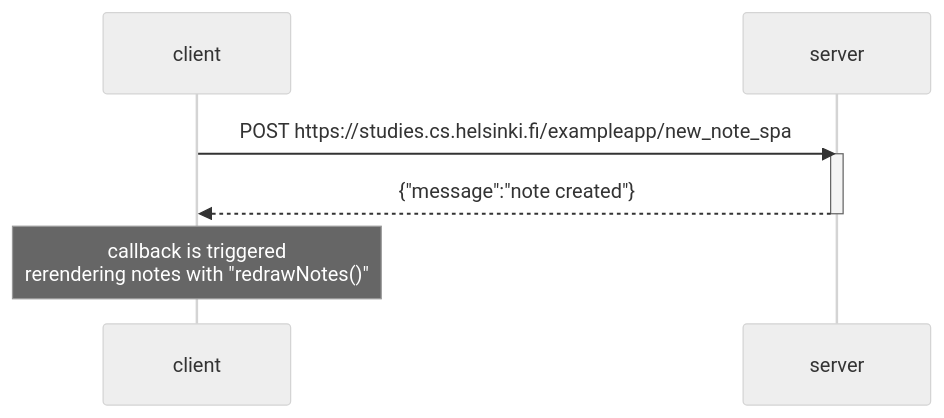
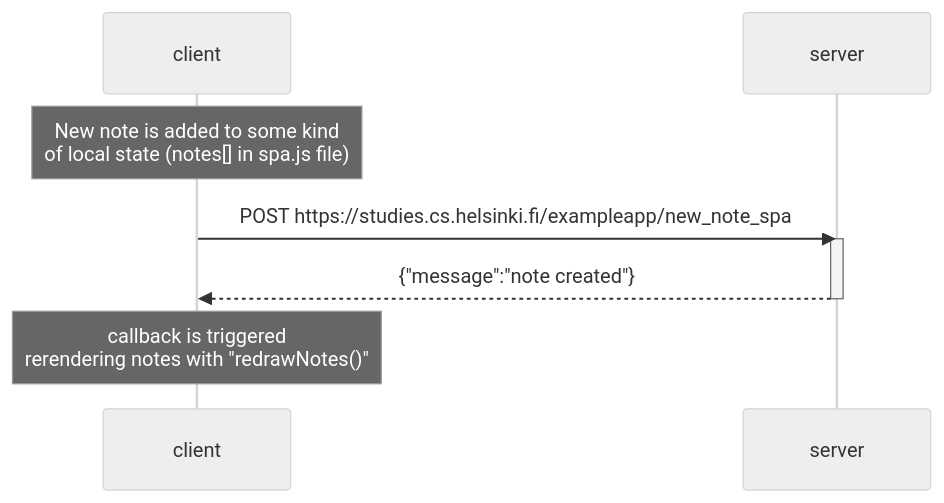
Before and after one commit to dejanaksovic/FullStackOpen: the diagram in PART01/0.6-NewNoteSpaDiagram.md, drawn with Mermaid (neutral theme). The commit also changed other lines of this file and 2 other files, not shown here.

Commit message:
Polishing graphs, fixing typos, increasing readability

````diff
--- a/PART01/0.6-NewNoteSpaDiagram.md
+++ b/PART01/0.6-NewNoteSpaDiagram.md
@@ -3,10 +3,11 @@
 ```mermaid
 sequenceDiagram
     participant client
     participant server
+    Note over client: New note is added to some kind <br/> of local state (notes[] in spa.js file)
     client->>server: POST https://studies.cs.helsinki.fi/exampleapp/new_note_spa
     activate server
     server-->>client: {"message":"note created"}
     deactivate server
     Note over client: callback is triggered<br/>rerendering notes with "redrawNotes()"   
 ```
````
